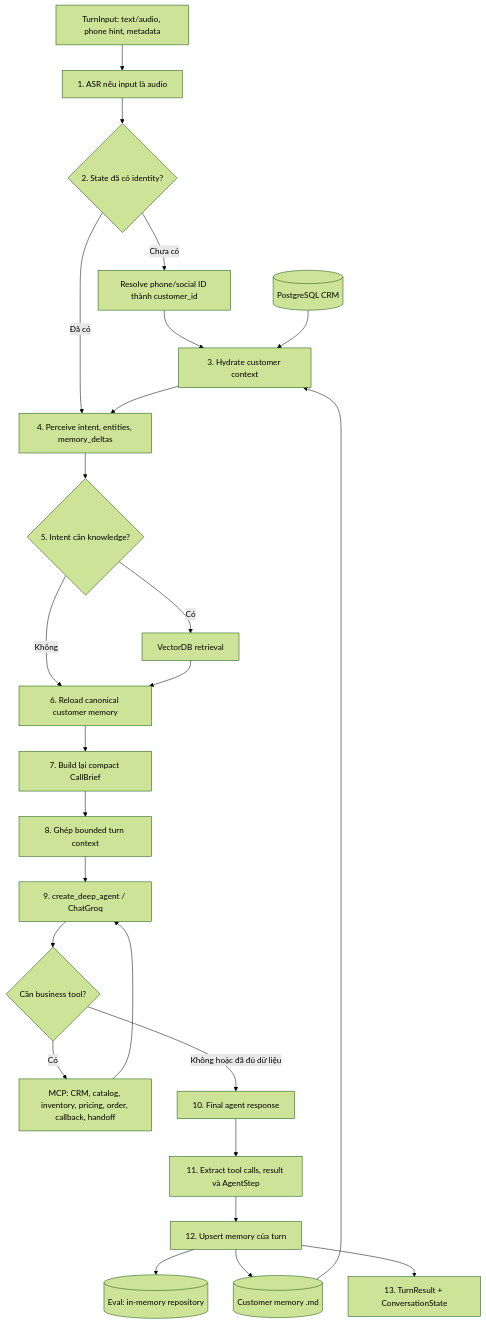
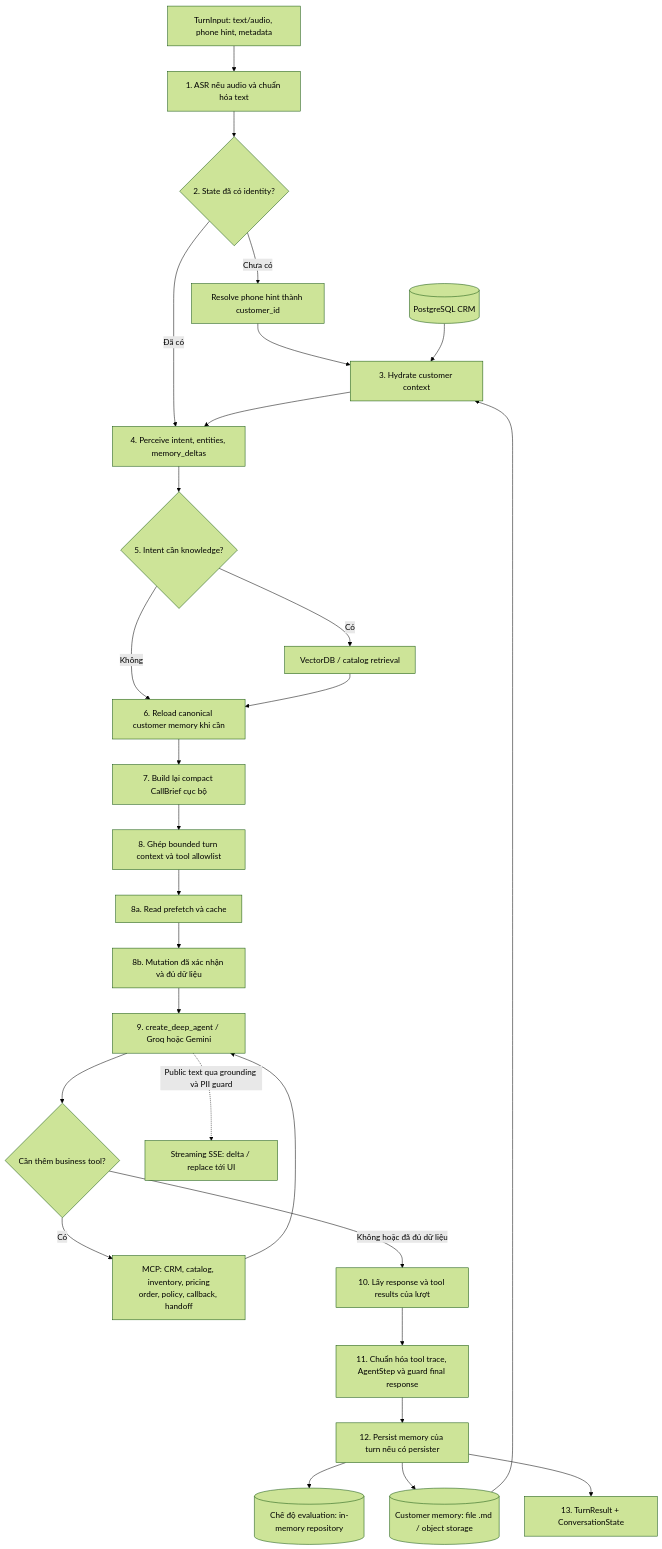
One commit to hyugai/sudocode2026-team9 changed the diagram in docs/agent/deep_agent_architecture.md. Above: the diagram before and after it, drawn with Mermaid (forest theme). The commit also changed other lines of this file and 5 other files, not shown here.

Commit message:
feat: Update architecture

````diff
--- a/docs/agent/deep_agent_architecture.md
+++ b/docs/agent/deep_agent_architecture.md
@@ -18,32 +21,35 @@
 ```mermaid
 flowchart TD
-    Input[TurnInput: text/audio, phone hint, metadata] --> ASR[1. ASR nếu input là audio]
+    Input[TurnInput: text/audio, phone hint, metadata] --> ASR[1. ASR nếu audio và chuẩn hóa text]
     ASR --> Identity{2. State đã có identity?}
 
-    Identity -->|Chưa có| Resolve[Resolve phone/social ID thành customer_id]
+    Identity -->|Chưa có| Resolve[Resolve phone hint thành customer_id]
     Resolve --> Hydrate[3. Hydrate customer context]
     CRM[(PostgreSQL CRM)] --> Hydrate
-    DurableMemory[(Customer memory .md)] --> Hydrate
+    DurableMemory[(Customer memory: file .md / object storage)] --> Hydrate
     Identity -->|Đã có| Perceive
     Hydrate --> Perceive
 
     Perceive[4. Perceive intent, entities, memory_deltas] --> RetrievalGate{5. Intent cần knowledge?}
-    RetrievalGate -->|Có| RAG[VectorDB retrieval]
+    RetrievalGate -->|Có| RAG[VectorDB / catalog retrieval]
     RetrievalGate -->|Không| Refresh
-    RAG --> Refresh[6. Reload canonical customer memory]
+    RAG --> Refresh[6. Reload canonical customer memory khi cần]
 
-    Refresh --> Brief[7. Build lại compact CallBrief]
-    Brief --> Context[8. Ghép bounded turn context]
-    Context --> DeepAgent[9. create_deep_agent / ChatGroq]
+    Refresh --> Brief[7. Build lại compact CallBrief cục bộ]
+    Brief --> Context[8. Ghép bounded turn context và tool allowlist]
+    Context --> Prefetch[8a. Read prefetch và cache]
+    Prefetch --> Mutation[8b. Mutation đã xác nhận và đủ dữ liệu]
+    Mutation --> DeepAgent[9. create_deep_agent / Groq hoặc Gemini]
 
-    DeepAgent --> MCP{Cần business tool?}
-    MCP -->|Có| Tools[MCP: CRM, catalog, inventory, pricing, order, callback, handoff]
+    DeepAgent --> MCP{Cần thêm business tool?}
+    MCP -->|Có| Tools["MCP: CRM, catalog, inventory, pricing<br/>order, policy, callback, handoff"]
     Tools --> DeepAgent
-    MCP -->|Không hoặc đã đủ dữ liệu| Response[10. Final agent response]
+    MCP -->|Không hoặc đã đủ dữ liệu| Response[10. Lấy response và tool results của lượt]
+    DeepAgent -.->|Public text qua grounding và PII guard| Stream[Streaming SSE: delta / replace tới UI]
 
-    Response --> Extract[11. Extract tool calls, result và AgentStep]
-    Extract --> Persist[12. Upsert memory của turn]
-    Persist --> EvalMemory[(Eval: in-memory repository)]
+    Response --> Extract[11. Chuẩn hóa tool trace, AgentStep và guard final response]
+    Extract --> Persist[12. Persist memory của turn nếu có persister]
+    Persist --> EvalMemory[(Chế độ evaluation: in-memory repository)]
     Persist --> DurableMemory
     Persist --> Result[13. TurnResult + ConversationState]
 ```
````
